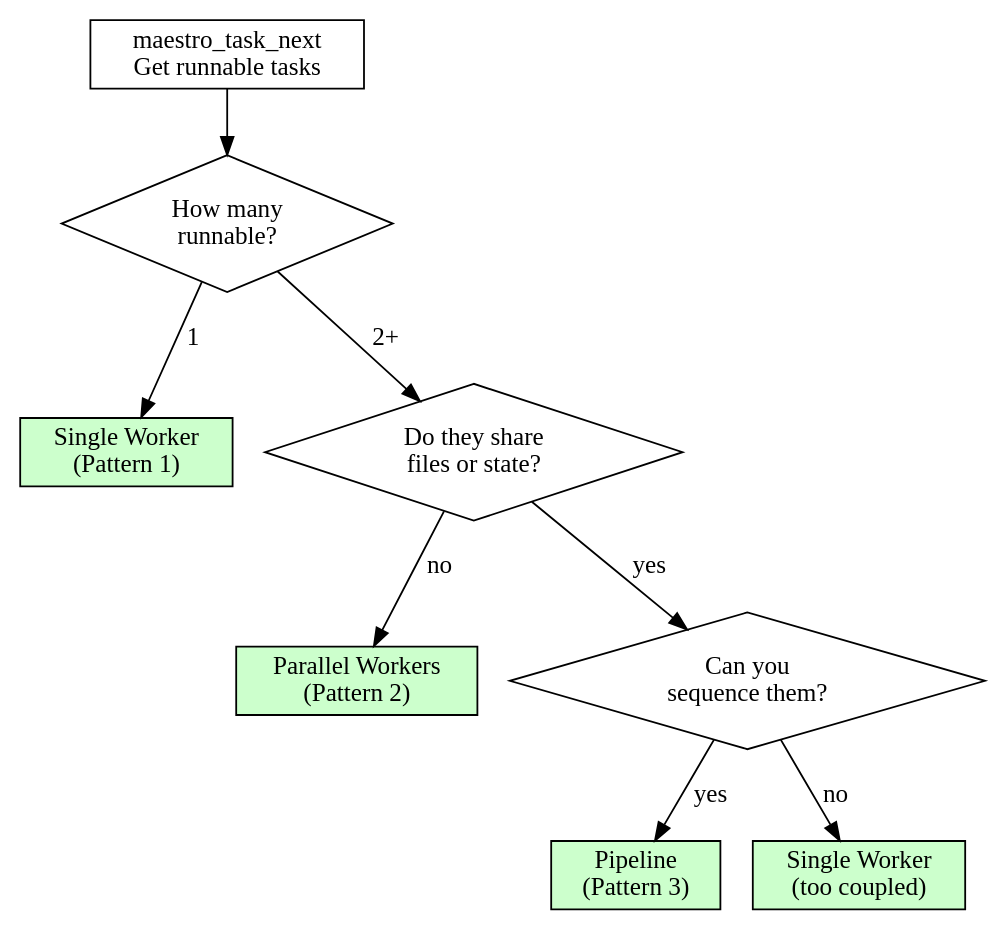
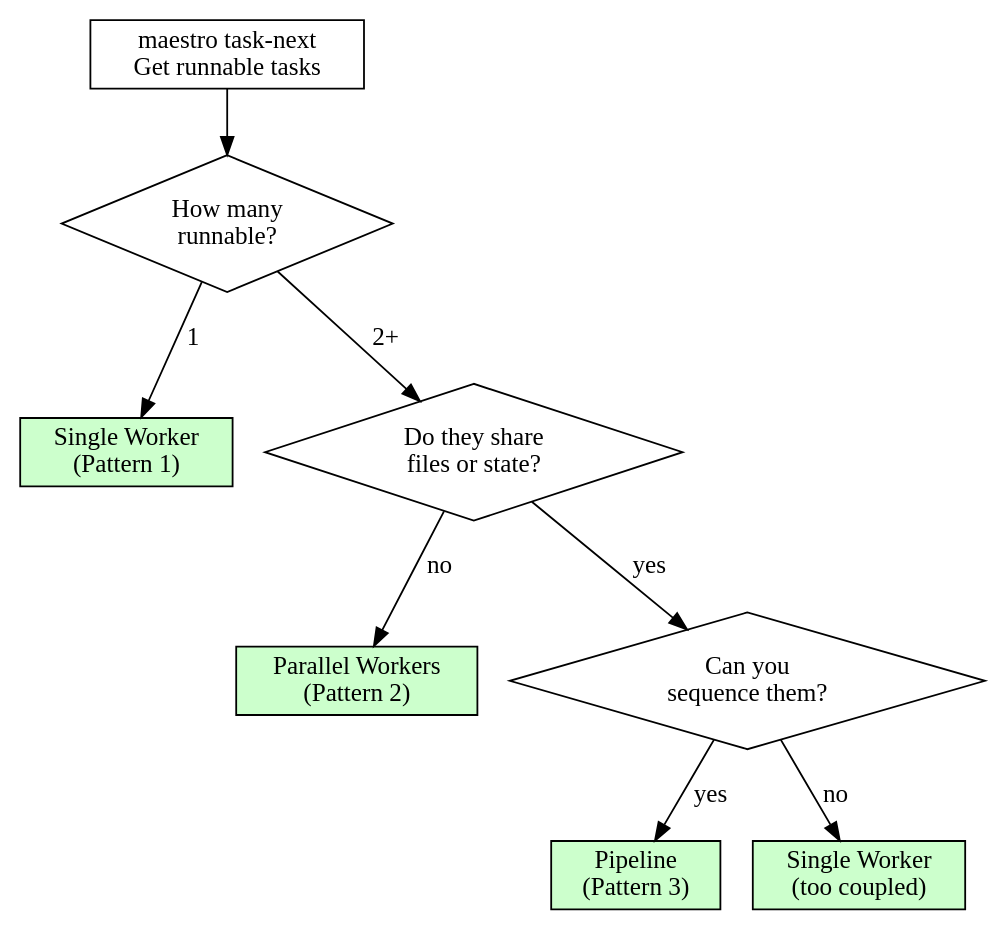
One commit to leaf17623090333-coder/maestro changed the diagram in skills/built-in/maestro:dispatching/SKILL.md. Above: the diagram before and after it, drawn with Graphviz. The commit also changed other lines of this file and 94 other files, not shown here.

````diff
--- a/skills/built-in/maestro:dispatching/SKILL.md
+++ b/skills/built-in/maestro:dispatching/SKILL.md
@@ -57,21 +57,21 @@
 ```dot
 digraph dispatch_decision {
     rankdir=TB;
-    check [label="maestro_task_next\nGet runnable tasks", shape=box];
+    check [label="maestro task-next\nGet runnable tasks", shape=box];
     count [label="How many\nrunnable?", shape=diamond];
     one [label="Single Worker\n(Pattern 1)", shape=box, style=filled, fillcolor="#ccffcc"];
     independent [label="Do they share\nfiles or state?", shape=diamond];
     parallel [label="Parallel Workers\n(Pattern 2)", shape=box, style=filled, fillcolor="#ccffcc"];
     dependent [label="Can you\nsequence them?", shape=diamond];
     pipeline [label="Pipeline\n(Pattern 3)", shape=box, style=filled, fillcolor="#ccffcc"];
     single [label="Single Worker\n(too coupled)", shape=box, style=filled, fillcolor="#ccffcc"];
 
     check -> count;
     count -> one [label="1"];
     count -> independent [label="2+"];
     independent -> parallel [label="no"];
     independent -> dependent [label="yes"];
     dependent -> pipeline [label="yes"];
     dependent -> single [label="no"];
 }
 ```
````
